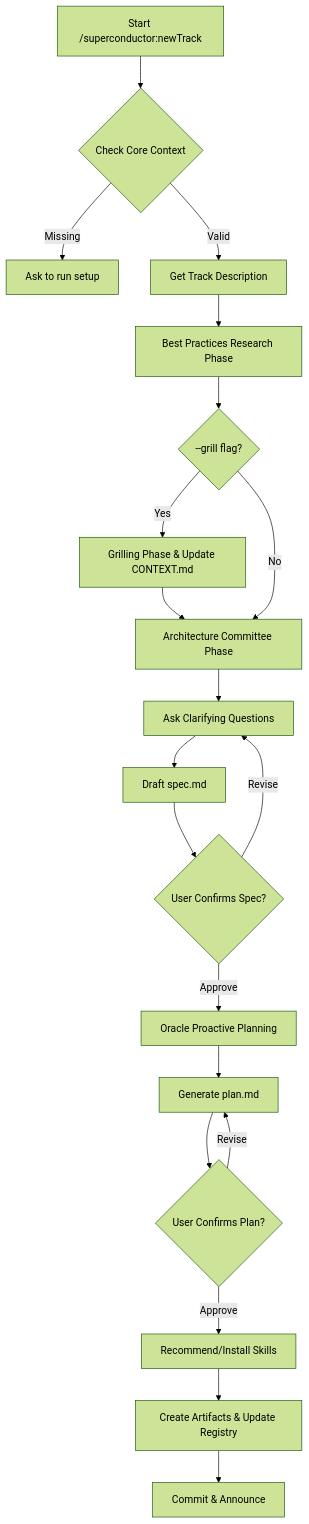
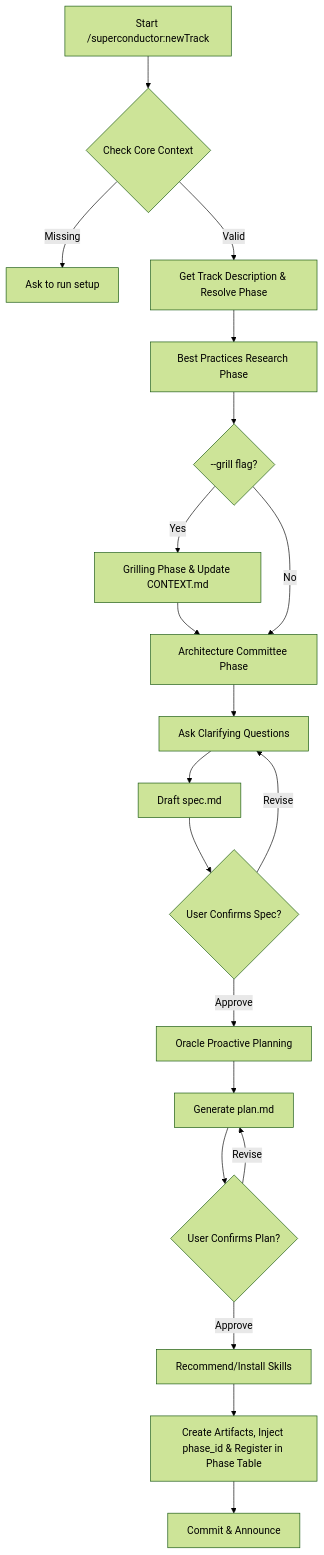
Before and after one commit to Gooseware/superconductor: the diagram in skills/new-track/SKILL.md, drawn with Mermaid (forest theme). The commit also changed other lines of this file and 27 other files, not shown here.

Commit message:
feat(phase): implement track phase system, sliding window, and phase-aware skills

````diff
--- a/skills/new-track/SKILL.md
+++ b/skills/new-track/SKILL.md
@@ -386,22 +448,22 @@
 ```mermaid
 graph TD
     A[Start /superconductor:newTrack] --> B{Check Core Context}
     B -->|Missing| C[Ask to run setup]
-    B -->|Valid| D[Get Track Description]
+    B -->|Valid| D[Get Track Description & Resolve Phase]
     D --> E[Best Practices Research Phase]
     E --> E2{--grill flag?}
     E2 -->|Yes| E3[Grilling Phase & Update CONTEXT.md]
     E3 --> F
     E2 -->|No| F[Architecture Committee Phase]
     F --> G[Ask Clarifying Questions]
     G --> H[Draft spec.md]
     H --> I{User Confirms Spec?}
     I -->|Revise| G
     I -->|Approve| J[Oracle Proactive Planning]
     J --> K[Generate plan.md]
     K --> L{User Confirms Plan?}
     L -->|Revise| K
     L -->|Approve| M[Recommend/Install Skills]
-    M --> N[Create Artifacts & Update Registry]
+    M --> N[Create Artifacts, Inject phase_id & Register in Phase Table]
     N --> O[Commit & Announce]
 ```
````
